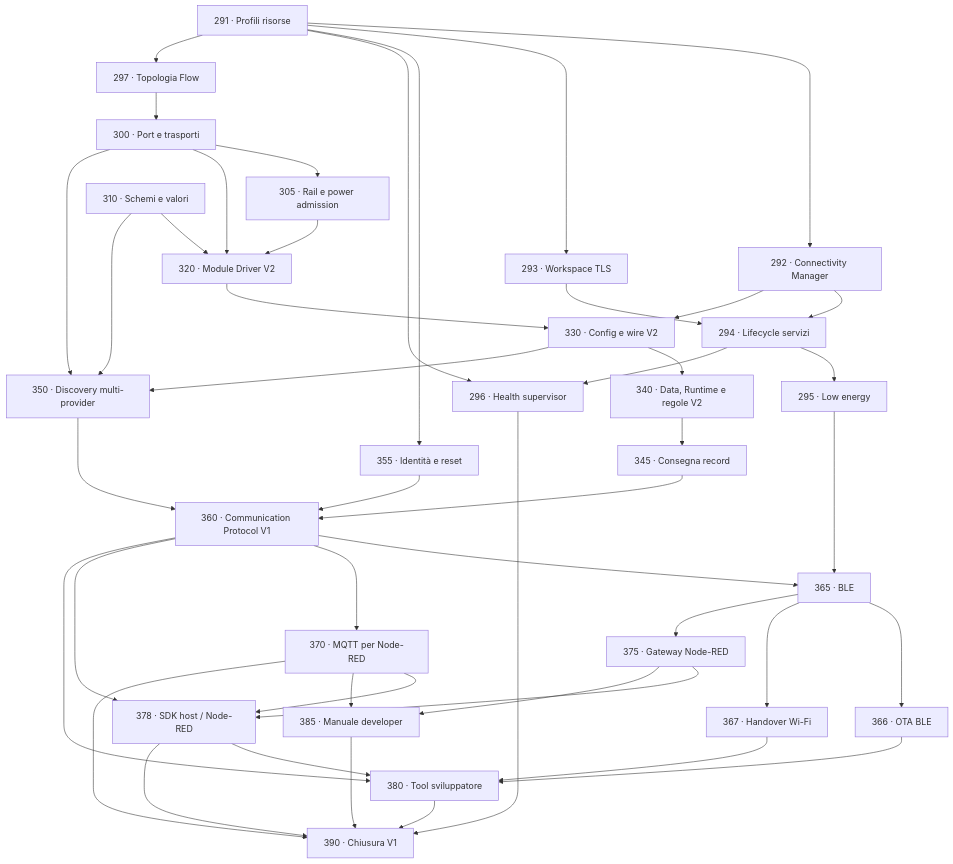
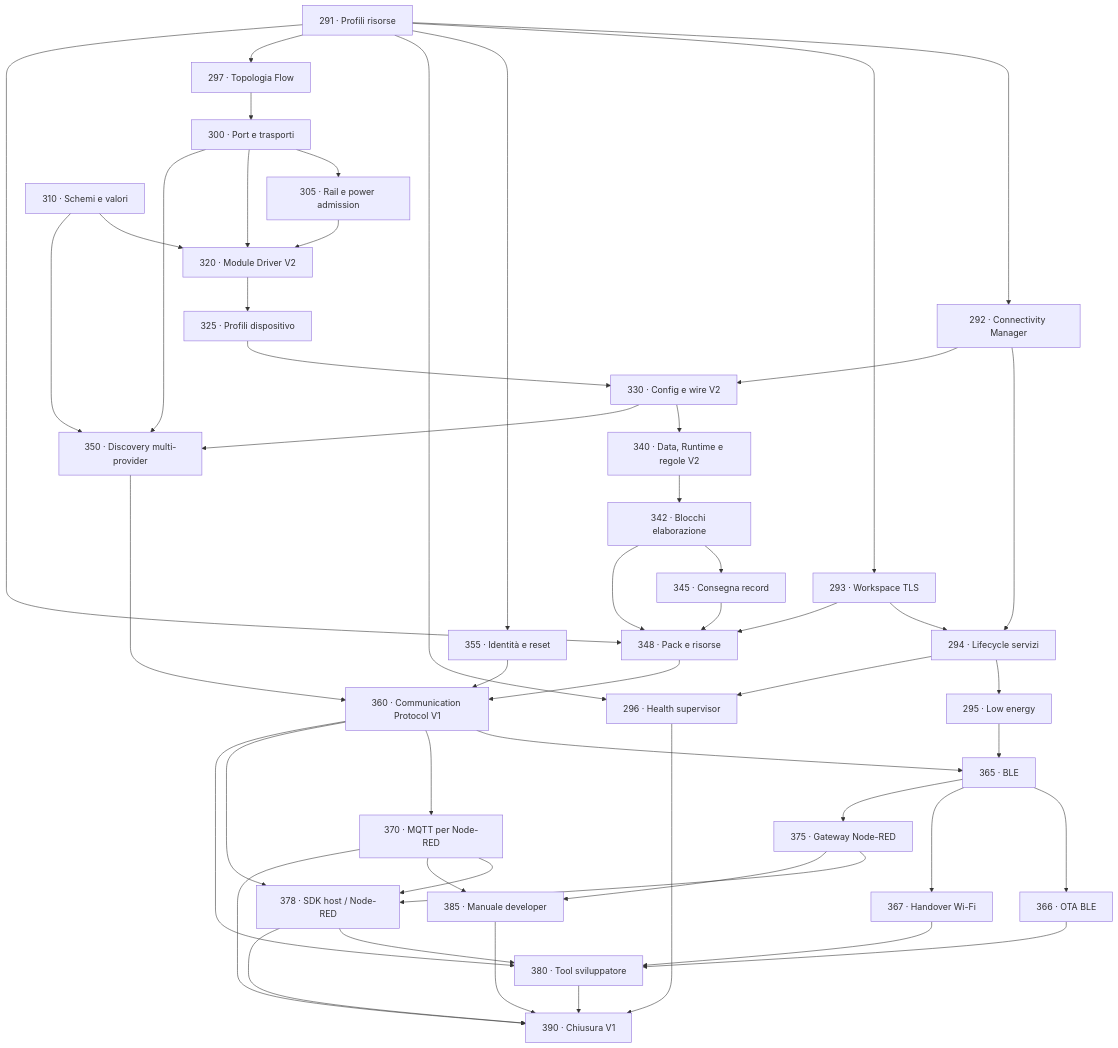
The diagram in Firmware/core/roadmap/V1-PLATFORM-CLOSURE.md (andreapiccini/SpaghettiLAB), drawn with Mermaid before and after one commit. The commit also changed other lines of this file and 21 other files, not shown here.

Commit message:
Defined hardware architecture, software capabilities and revised firmware tasks

````diff
--- a/Firmware/core/roadmap/V1-PLATFORM-CLOSURE.md
+++ b/Firmware/core/roadmap/V1-PLATFORM-CLOSURE.md
@@ -90,47 +104,53 @@
 ```mermaid
 flowchart TD
     P291["291 · Profili risorse"] --> P292["292 · Connectivity Manager"]
     P291 --> P293["293 · Workspace TLS"]
     P291 --> P355["355 · Identità e reset"]
     P292 --> P294["294 · Lifecycle servizi"]
     P293 --> P294
     P294 --> P295["295 · Low energy"]
     P291 --> P296["296 · Health supervisor"]
     P294 --> P296
     P291 --> P297["297 · Topologia Flow"]
     P297 --> P300["300 · Port e trasporti"]
     P300 --> P305["305 · Rail e power admission"]
     P300 --> P320["320 · Module Driver V2"]
     P305 --> P320
     P310["310 · Schemi e valori"] --> P320
-    P320 --> P330["330 · Config e wire V2"]
+    P320 --> P325["325 · Profili dispositivo"]
+    P325 --> P330["330 · Config e wire V2"]
     P292 --> P330
     P330 --> P340["340 · Data, Runtime e regole V2"]
-    P340 --> P345["345 · Consegna record"]
+    P340 --> P342["342 · Blocchi elaborazione"]
+    P342 --> P345["345 · Consegna record"]
+    P291 --> P348["348 · Pack e risorse"]
+    P293 --> P348
+    P342 --> P348
+    P345 --> P348
     P300 --> P350["350 · Discovery multi-provider"]
     P310 --> P350
     P330 --> P350
-    P345 --> P360["360 · Communication Protocol V1"]
+    P348 --> P360["360 · Communication Protocol V1"]
     P350 --> P360
     P355 --> P360
     P295 --> P365
     P360 --> P365["365 · BLE"]
     P365 --> P366["366 · OTA BLE"]
     P365 --> P367["367 · Handover Wi-Fi"]
     P360 --> P370["370 · MQTT per Node-RED"]
     P365 --> P375["375 · Gateway Node-RED"]
     P370 --> P378["378 · SDK host / Node-RED"]
     P375 --> P378
     P360 --> P378
     P360 --> P380["380 · Tool sviluppatore"]
     P378 --> P380
     P366 --> P380
     P367 --> P380
     P375 --> P385["385 · Manuale developer"]
     P370 --> P385
     P370 --> P390["390 · Chiusura V1"]
     P380 --> P390
     P296 --> P390
     P378 --> P390
     P385 --> P390
 ```
````
